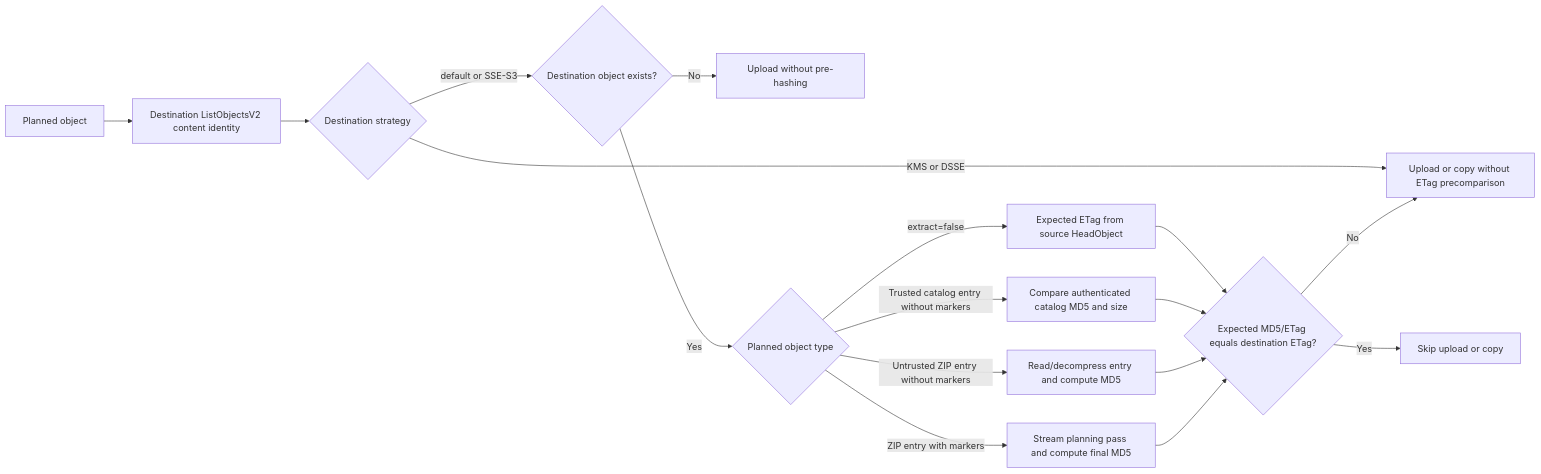
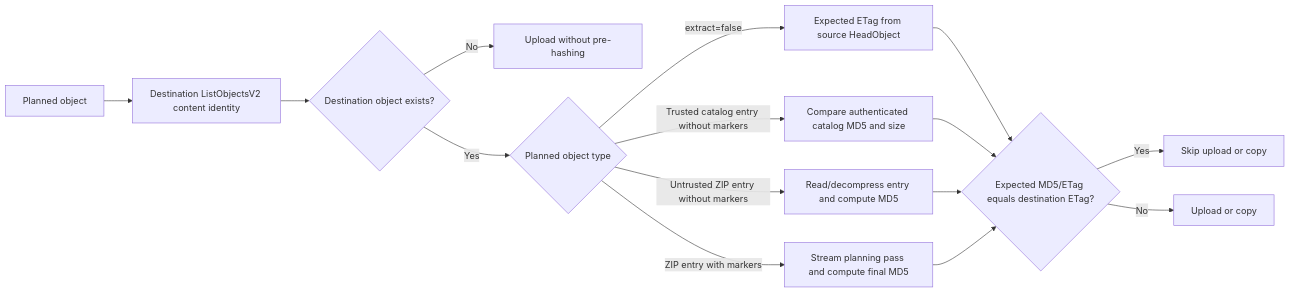
One commit to garysassano/shin-bucket-deployment changed the second of 2 diagrams in docs/architecture.md. Above: the diagram before and after it, drawn with Mermaid. The commit also changed other lines of this file and 37 other files, not shown here.

````diff
--- a/docs/architecture.md
+++ b/docs/architecture.md
@@ -363,19 +280,17 @@
 ```mermaid
 flowchart LR
   A["Planned object"] --> B["Destination ListObjectsV2 content identity"]
-  B --> C{"Destination strategy"}
-  C -->|"KMS or DSSE"| K["Upload or copy without ETag precomparison"]
-  C -->|"default or SSE-S3"| D{"Destination object exists?"}
+  B --> D{"Destination object exists?"}
   D -->|No| E["Upload without pre-hashing"]
   D -->|Yes| F{"Planned object type"}
   F -->|"extract=false"| G["Expected ETag from source HeadObject"]
   F -->|"Trusted catalog entry without markers"| H["Compare authenticated catalog MD5 and size"]
   F -->|"Untrusted ZIP entry without markers"| I["Read/decompress entry and compute MD5"]
   F -->|"ZIP entry with markers"| J["Stream planning pass and compute final MD5"]
   G --> L{"Expected MD5/ETag equals destination ETag?"}
   H --> L
   I --> L
   J --> L
   L -->|Yes| M["Skip upload or copy"]
-  L -->|No| K
+  L -->|No| K["Upload or copy"]
 ```
````
